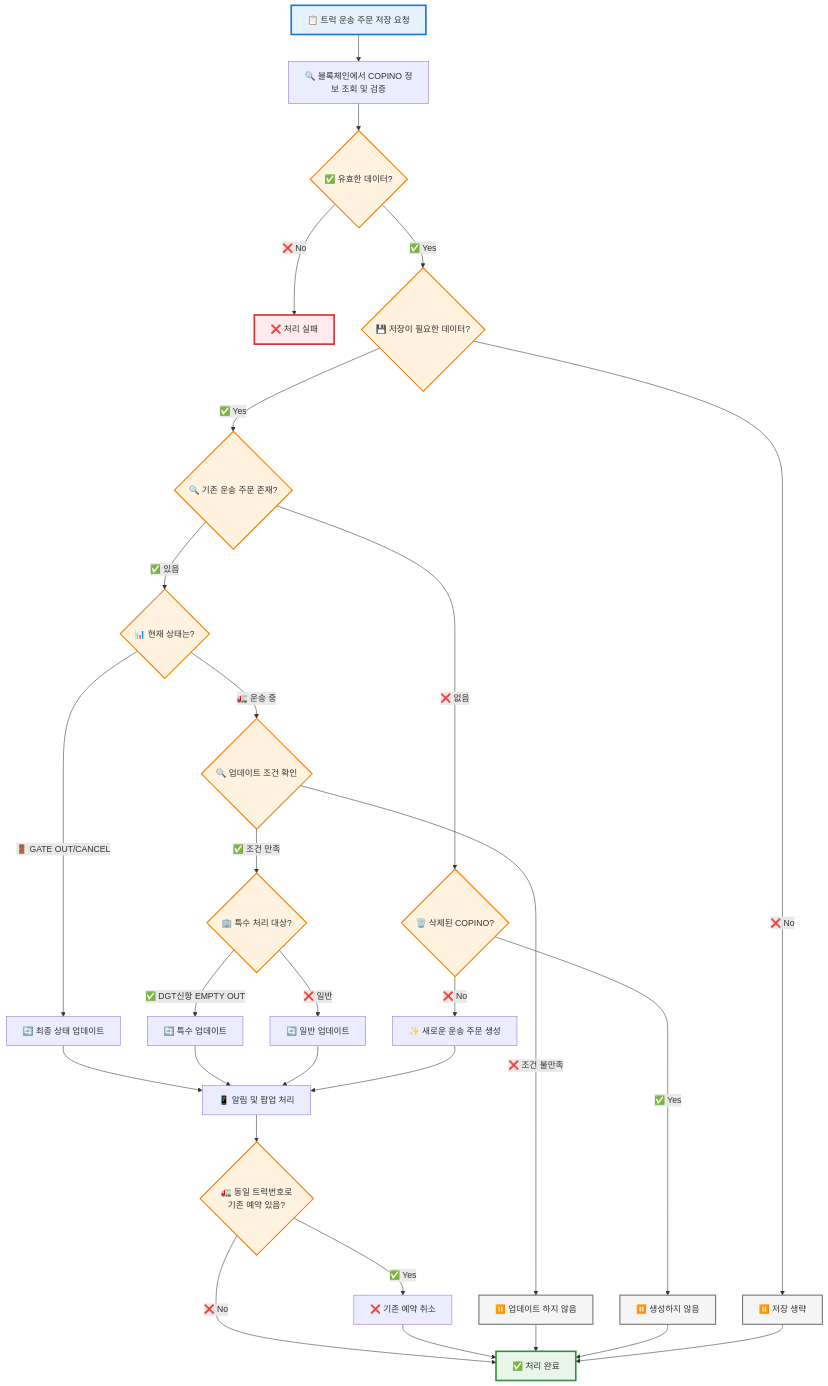
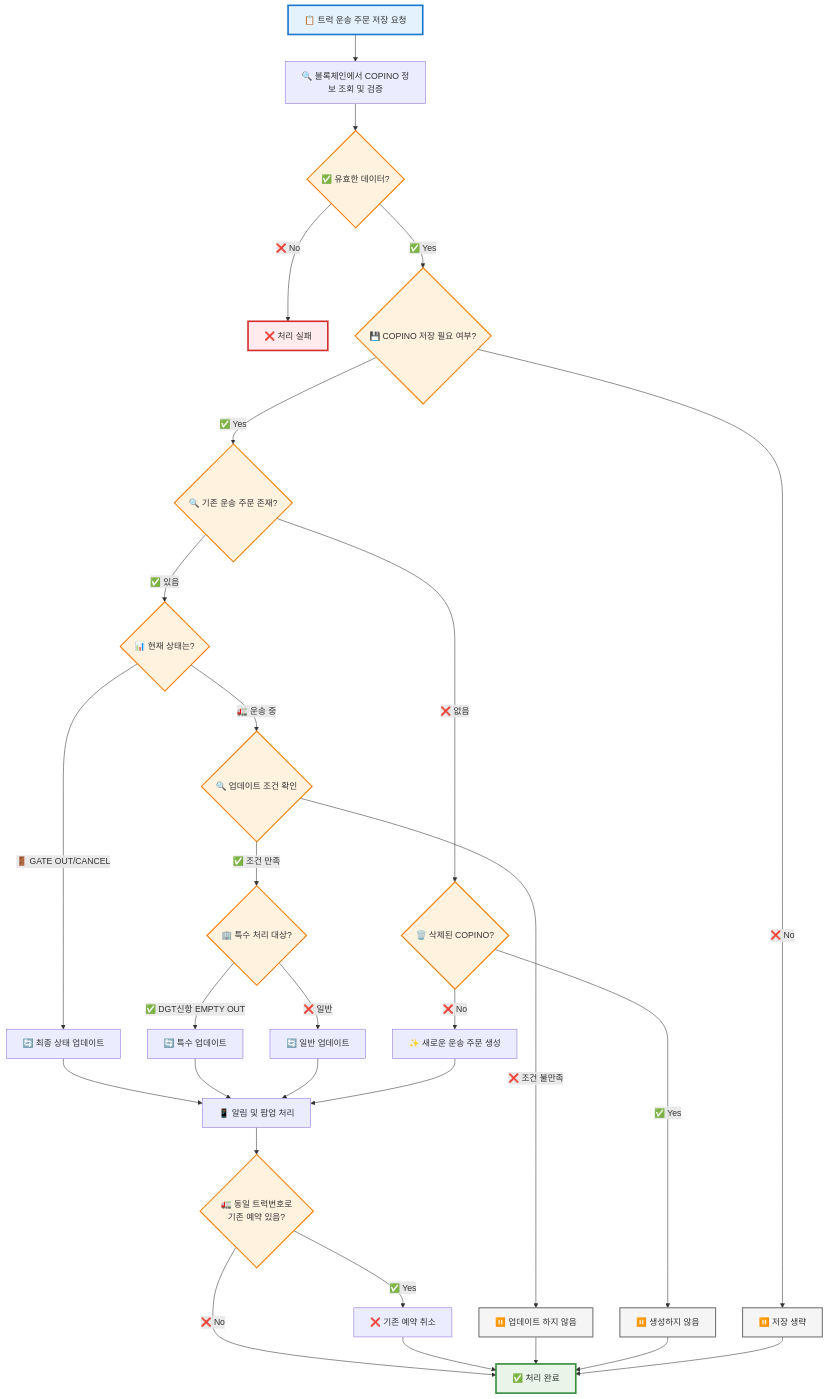
Before and after one commit to leedg92/Obsidian: the diagram in 1. smartm2m/프로세스 정리/VBS - saveTruckTransOrder 정리.md, drawn with Mermaid.

Commit message:
vault backup: 2025-06-04 12:54:40

````diff
--- a/1. smartm2m/프로세스 정리/VBS - saveTruckTransOrder 정리.md
+++ b/1. smartm2m/프로세스 정리/VBS - saveTruckTransOrder 정리.md
@@ -3,59 +3,59 @@
 ```mermaid
 graph TD
     START[📋 트럭 운송 주문 저장 요청] --> VALIDATE[🔍 블록체인에서 COPINO 정보 조회 및 검증]
     
     VALIDATE --> VALID_CHECK{✅ 유효한 데이터?}
     VALID_CHECK -->|❌ No| FAIL[❌ 처리 실패]
     
-    VALID_CHECK -->|✅ Yes| NEED_SAVE{💾 저장이 필요한 데이터?}
+    VALID_CHECK -->|✅ Yes| NEED_SAVE{💾 COPINO 저장 필요 여부?}
     NEED_SAVE -->|❌ No| SKIP[⏸️ 저장 생략]
     
     NEED_SAVE -->|✅ Yes| EXIST_CHECK{🔍 기존 운송 주문 존재?}
     
     %% 기존 주문이 있는 경우
     EXIST_CHECK -->|✅ 있음| STATUS_CHECK{📊 현재 상태는?}
     
     STATUS_CHECK -->|🚪 GATE OUT/CANCEL| UPDATE_FINAL[🔄 최종 상태 업데이트]
     
     STATUS_CHECK -->|🚛 운송 중| CONDITION_CHECK{🔍 업데이트 조건 확인}
     CONDITION_CHECK -->|❌ 조건 불만족| NO_UPDATE[⏸️ 업데이트 하지 않음]
     CONDITION_CHECK -->|✅ 조건 만족| SPECIAL_CHECK{🏢 특수 처리 대상?}
     
     SPECIAL_CHECK -->|✅ DGT신항 EMPTY OUT| SPECIAL_UPDATE[🔄 특수 업데이트]
     SPECIAL_CHECK -->|❌ 일반| NORMAL_UPDATE[🔄 일반 업데이트]
     
     %% 새로운 주문인 경우
     EXIST_CHECK -->|❌ 없음| DELETE_CHECK{🗑️ 삭제된 COPINO?}
     DELETE_CHECK -->|✅ Yes| NO_CREATE[⏸️ 생성하지 않음]
     DELETE_CHECK -->|❌ No| CREATE[✨ 새로운 운송 주문 생성]
     
     %% 후처리
     UPDATE_FINAL --> POST_PROCESS[📱 알림 및 팝업 처리]
     SPECIAL_UPDATE --> POST_PROCESS
     NORMAL_UPDATE --> POST_PROCESS
     CREATE --> POST_PROCESS
     
     POST_PROCESS --> TRUCK_CHECK{🚛 동일 트럭번호로<br/>기존 예약 있음?}
     
     TRUCK_CHECK -->|❌ No| SUCCESS[✅ 처리 완료]
     TRUCK_CHECK -->|✅ Yes| CANCEL_OLD[❌ 기존 예약 취소]
     CANCEL_OLD --> SUCCESS
     
     NO_UPDATE --> SUCCESS
     NO_CREATE --> SUCCESS
     SKIP --> SUCCESS
     
     %% 스타일링
     classDef startEnd fill:#e3f2fd,stroke:#1976d2,stroke-width:3px
     classDef process fill:#f3e5f5,stroke:#7b1fa2,stroke-width:2px
     classDef decision fill:#fff3e0,stroke:#f57c00,stroke-width:2px
     classDef success fill:#e8f5e8,stroke:#388e3c,stroke-width:3px
     classDef fail fill:#ffebee,stroke:#d32f2f,stroke-width:3px
     classDef skip fill:#f5f5f5,stroke:#757575,stroke-width:2px
     
     class START startEnd
     class SUCCESS success
     class FAIL fail
     class SKIP,NO_UPDATE,NO_CREATE skip
     class VALID_CHECK,NEED_SAVE,EXIST_CHECK,STATUS_CHECK,CONDITION_CHECK,SPECIAL_CHECK,DELETE_CHECK,TRUCK_CHECK decision
 ```
````
